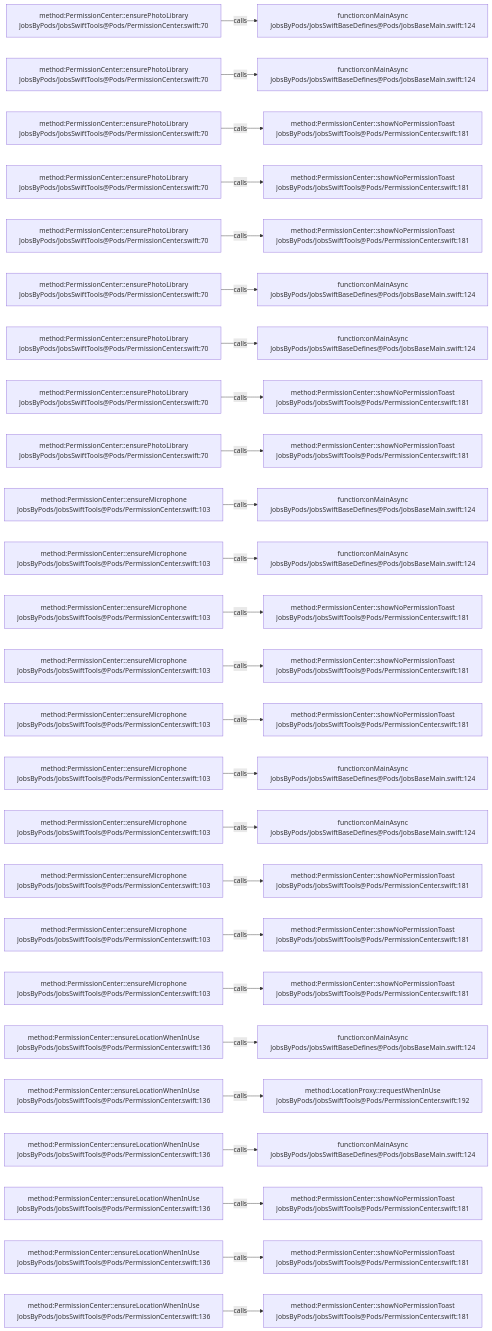
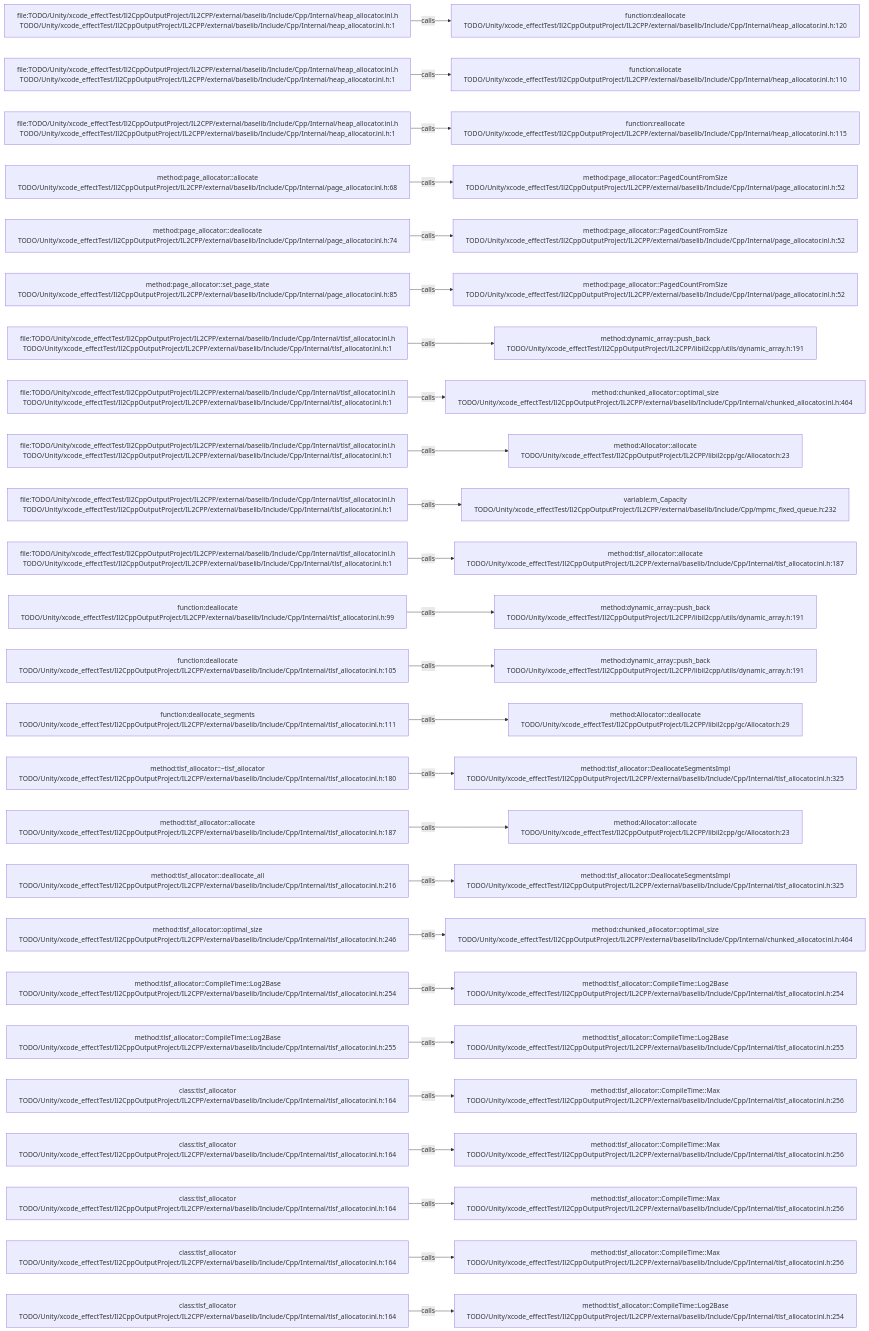
One commit to JobsKits/JobsSwiftBaseConfigDemo changed the diagram in .codegraph/codegraph.md/graphs/calls-066.md. Above: the diagram before and after it, drawn with Mermaid. The commit also changed 227 other files, not shown here.

````diff
--- a/.codegraph/codegraph.md/graphs/calls-066.md
+++ b/.codegraph/codegraph.md/graphs/calls-066.md
@@ -13,78 +13,78 @@
 ```mermaid
 flowchart LR
-  S1["method:PermissionCenter::ensurePhotoLibrary<br/>JobsByPods/JobsSwiftTools@Pods/PermissionCenter.swift:70"]
-  T1["function:onMainAsync<br/>JobsByPods/JobsSwiftBaseDefines@Pods/JobsBaseMain.swift:124"]
+  S1["file:TODO/Unity/xcode_effectTest/Il2CppOutputProject/IL2CPP/external/baselib/Include/Cpp/Internal/heap_allocator.inl.h<br/>TODO/Unity/xcode_effectTest/Il2CppOutputProject/IL2CPP/external/baselib/Include/Cpp/Internal/heap_allocator.inl.h:1"]
+  T1["function:deallocate<br/>TODO/Unity/xcode_effectTest/Il2CppOutputProject/IL2CPP/external/baselib/Include/Cpp/Internal/heap_allocator.inl.h:120"]
   S1 -->|calls| T1
-  S2["method:PermissionCenter::ensurePhotoLibrary<br/>JobsByPods/JobsSwiftTools@Pods/PermissionCenter.swift:70"]
-  T2["function:onMainAsync<br/>JobsByPods/JobsSwiftBaseDefines@Pods/JobsBaseMain.swift:124"]
+  S2["file:TODO/Unity/xcode_effectTest/Il2CppOutputProject/IL2CPP/external/baselib/Include/Cpp/Internal/heap_allocator.inl.h<br/>TODO/Unity/xcode_effectTest/Il2CppOutputProject/IL2CPP/external/baselib/Include/Cpp/Internal/heap_allocator.inl.h:1"]
+  T2["function:allocate<br/>TODO/Unity/xcode_effectTest/Il2CppOutputProject/IL2CPP/external/baselib/Include/Cpp/Internal/heap_allocator.inl.h:110"]
   S2 -->|calls| T2
-  S3["method:PermissionCenter::ensurePhotoLibrary<br/>JobsByPods/JobsSwiftTools@Pods/PermissionCenter.swift:70"]
-  T3["method:PermissionCenter::showNoPermissionToast<br/>JobsByPods/JobsSwiftTools@Pods/PermissionCenter.swift:181"]
+  S3["file:TODO/Unity/xcode_effectTest/Il2CppOutputProject/IL2CPP/external/baselib/Include/Cpp/Internal/heap_allocator.inl.h<br/>TODO/Unity/xcode_effectTest/Il2CppOutputProject/IL2CPP/external/baselib/Include/Cpp/Internal/heap_allocator.inl.h:1"]
+  T3["function:reallocate<br/>TODO/Unity/xcode_effectTest/Il2CppOutputProject/IL2CPP/external/baselib/Include/Cpp/Internal/heap_allocator.inl.h:115"]
   S3 -->|calls| T3
-  S4["method:PermissionCenter::ensurePhotoLibrary<br/>JobsByPods/JobsSwiftTools@Pods/PermissionCenter.swift:70"]
-  T4["method:PermissionCenter::showNoPermissionToast<br/>JobsByPods/JobsSwiftTools@Pods/PermissionCenter.swift:181"]
+  S4["method:page_allocator::allocate<br/>TODO/Unity/xcode_effectTest/Il2CppOutputProject/IL2CPP/external/baselib/Include/Cpp/Internal/page_allocator.inl.h:68"]
+  T4["method:page_allocator::PagedCountFromSize<br/>TODO/Unity/xcode_effectTest/Il2CppOutputProject/IL2CPP/external/baselib/Include/Cpp/Internal/page_allocator.inl.h:52"]
   S4 -->|calls| T4
-  S5["method:PermissionCenter::ensurePhotoLibrary<br/>JobsByPods/JobsSwiftTools@Pods/PermissionCenter.swift:70"]
-  T5["method:PermissionCenter::showNoPermissionToast<br/>JobsByPods/JobsSwiftTools@Pods/PermissionCenter.swift:181"]
+  S5["method:page_allocator::deallocate<br/>TODO/Unity/xcode_effectTest/Il2CppOutputProject/IL2CPP/external/baselib/Include/Cpp/Internal/page_allocator.inl.h:74"]
+  T5["method:page_allocator::PagedCountFromSize<br/>TODO/Unity/xcode_effectTest/Il2CppOutputProject/IL2CPP/external/baselib/Include/Cpp/Internal/page_allocator.inl.h:52"]
   S5 -->|calls| T5
-  S6["method:PermissionCenter::ensurePhotoLibrary<br/>JobsByPods/JobsSwiftTools@Pods/PermissionCenter.swift:70"]
-  T6["function:onMainAsync<br/>JobsByPods/JobsSwiftBaseDefines@Pods/JobsBaseMain.swift:124"]
+  S6["method:page_allocator::set_page_state<br/>TODO/Unity/xcode_effectTest/Il2CppOutputProject/IL2CPP/external/baselib/Include/Cpp/Internal/page_allocator.inl.h:85"]
+  T6["method:page_allocator::PagedCountFromSize<br/>TODO/Unity/xcode_effectTest/Il2CppOutputProject/IL2CPP/external/baselib/Include/Cpp/Internal/page_allocator.inl.h:52"]
   S6 -->|calls| T6
-  S7["method:PermissionCenter::ensurePhotoLibrary<br/>JobsByPods/JobsSwiftTools@Pods/PermissionCenter.swift:70"]
-  T7["function:onMainAsync<br/>JobsByPods/JobsSwiftBaseDefines@Pods/JobsBaseMain.swift:124"]
+  S7["file:TODO/Unity/xcode_effectTest/Il2CppOutputProject/IL2CPP/external/baselib/Include/Cpp/Internal/tlsf_allocator.inl.h<br/>TODO/Unity/xcode_effectTest/Il2CppOutputProject/IL2CPP/external/baselib/Include/Cpp/Internal/tlsf_allocator.inl.h:1"]
+  T7["method:dynamic_array::push_back<br/>TODO/Unity/xcode_effectTest/Il2CppOutputProject/IL2CPP/libil2cpp/utils/dynamic_array.h:191"]
   S7 -->|calls| T7
-  S8["method:PermissionCenter::ensurePhotoLibrary<br/>JobsByPods/JobsSwiftTools@Pods/PermissionCenter.swift:70"]
-  T8["method:PermissionCenter::showNoPermissionToast<br/>JobsByPods/JobsSwiftTools@Pods/PermissionCenter.swift:181"]
+  S8["file:TODO/Unity/xcode_effectTest/Il2CppOutputProject/IL2CPP/external/baselib/Include/Cpp/Internal/tlsf_allocator.inl.h<br/>TODO/Unity/xcode_effectTest/Il2CppOutputProject/IL2CPP/external/baselib/Include/Cpp/Internal/tlsf_allocator.inl.h:1"]
+  T8["method:chunked_allocator::optimal_size<br/>TODO/Unity/xcode_effectTest/Il2CppOutputProject/IL2CPP/external/baselib/Include/Cpp/Internal/chunked_allocator.inl.h:464"]
   S8 -->|calls| T8
-  S9["method:PermissionCenter::ensurePhotoLibrary<br/>JobsByPods/JobsSwiftTools@Pods/PermissionCenter.swift:70"]
-  T9["method:PermissionCenter::showNoPermissionToast<br/>JobsByPods/JobsSwiftTools@Pods/PermissionCenter.swift:181"]
+  S9["file:TODO/Unity/xcode_effectTest/Il2CppOutputProject/IL2CPP/external/baselib/Include/Cpp/Internal/tlsf_allocator.inl.h<br/>TODO/Unity/xcode_effectTest/Il2CppOutputProject/IL2CPP/external/baselib/Include/Cpp/Internal/tlsf_allocator.inl.h:1"]
+  T9["method:Allocator::allocate<br/>TODO/Unity/xcode_effectTest/Il2CppOutputProject/IL2CPP/libil2cpp/gc/Allocator.h:23"]
   S9 -->|calls| T9
-  S10["method:PermissionCenter::ensureMicrophone<br/>JobsByPods/JobsSwiftTools@Pods/PermissionCenter.swift:103"]
-  T10["function:onMainAsync<br/>JobsByPods/JobsSwiftBaseDefines@Pods/JobsBaseMain.swift:124"]
+  S10["file:TODO/Unity/xcode_effectTest/Il2CppOutputProject/IL2CPP/external/baselib/Include/Cpp/Internal/tlsf_allocator.inl.h<br/>TODO/Unity/xcode_effectTest/Il2CppOutputProject/IL2CPP/external/baselib/Include/Cpp/Internal/tlsf_allocator.inl.h:1"]
+  T10["variable:m_Capacity<br/>TODO/Unity/xcode_effectTest/Il2CppOutputProject/IL2CPP/external/baselib/Include/Cpp/mpmc_fixed_queue.h:232"]
   S10 -->|calls| T10
-  S11["method:PermissionCenter::ensureMicrophone<br/>JobsByPods/JobsSwiftTools@Pods/PermissionCenter.swift:103"]
-  T11["function:onMainAsync<br/>JobsByPods/JobsSwiftBaseDefines@Pods/JobsBaseMain.swift:124"]
+  S11["file:TODO/Unity/xcode_effectTest/Il2CppOutputProject/IL2CPP/external/baselib/Include/Cpp/Internal/tlsf_allocator.inl.h<br/>TODO/Unity/xcode_effectTest/Il2CppOutputProject/IL2CPP/external/baselib/Include/Cpp/Internal/tlsf_allocator.inl.h:1"]
+  T11["method:tlsf_allocator::allocate<br/>TODO/Unity/xcode_effectTest/Il2CppOutputProject/IL2CPP/external/baselib/Include/Cpp/Internal/tlsf_allocator.inl.h:187"]
   S11 -->|calls| T11
-  S12["method:PermissionCenter::ensureMicrophone<br/>JobsByPods/JobsSwiftTools@Pods/PermissionCenter.swift:103"]
-  T12["method:PermissionCenter::showNoPermissionToast<br/>JobsByPods/JobsSwiftTools@Pods/PermissionCenter.swift:181"]
+  S12["function:deallocate<br/>TODO/Unity/xcode_effectTest/Il2CppOutputProject/IL2CPP/external/baselib/Include/Cpp/Internal/tlsf_allocator.inl.h:99"]
+  T12["method:dynamic_array::push_back<br/>TODO/Unity/xcode_effectTest/Il2CppOutputProject/IL2CPP/libil2cpp/utils/dynamic_array.h:191"]
   S12 -->|calls| T12
-  S13["method:PermissionCenter::ensureMicrophone<br/>JobsByPods/JobsSwiftTools@Pods/PermissionCenter.swift:103"]
-  T13["method:PermissionCenter::showNoPermissionToast<br/>JobsByPods/JobsSwiftTools@Pods/PermissionCenter.swift:181"]
+  S13["function:deallocate<br/>TODO/Unity/xcode_effectTest/Il2CppOutputProject/IL2CPP/external/baselib/Include/Cpp/Internal/tlsf_allocator.inl.h:105"]
+  T13["method:dynamic_array::push_back<br/>TODO/Unity/xcode_effectTest/Il2CppOutputProject/IL2CPP/libil2cpp/utils/dynamic_array.h:191"]
   S13 -->|calls| T13
-  S14["method:PermissionCenter::ensureMicrophone<br/>JobsByPods/JobsSwiftTools@Pods/PermissionCenter.swift:103"]
-  T14["method:PermissionCenter::showNoPermissionToast<br/>JobsByPods/JobsSwiftTools@Pods/PermissionCenter.swift:181"]
+  S14["function:deallocate_segments<br/>TODO/Unity/xcode_effectTest/Il2CppOutputProject/IL2CPP/external/baselib/Include/Cpp/Internal/tlsf_allocator.inl.h:111"]
+  T14["method:Allocator::deallocate<br/>TODO/Unity/xcode_effectTest/Il2CppOutputProject/IL2CPP/libil2cpp/gc/Allocator.h:29"]
   S14 -->|calls| T14
-  S15["method:PermissionCenter::ensureMicrophone<br/>JobsByPods/JobsSwiftTools@Pods/PermissionCenter.swift:103"]
-  T15["function:onMainAsync<br/>JobsByPods/JobsSwiftBaseDefines@Pods/JobsBaseMain.swift:124"]
+  S15["method:tlsf_allocator::~tlsf_allocator<br/>TODO/Unity/xcode_effectTest/Il2CppOutputProject/IL2CPP/external/baselib/Include/Cpp/Internal/tlsf_allocator.inl.h:180"]
+  T15["method:tlsf_allocator::DeallocateSegmentsImpl<br/>TODO/Unity/xcode_effectTest/Il2CppOutputProject/IL2CPP/external/baselib/Include/Cpp/Internal/tlsf_allocator.inl.h:325"]
   S15 -->|calls| T15
-  S16["method:PermissionCenter::ensureMicrophone<br/>JobsByPods/JobsSwiftTools@Pods/PermissionCenter.swift:103"]
-  T16["function:onMainAsync<br/>JobsByPods/JobsSwiftBaseDefines@Pods/JobsBaseMain.swift:124"]
+  S16["method:tlsf_allocator::allocate<br/>TODO/Unity/xcode_effectTest/Il2CppOutputProject/IL2CPP/external/baselib/Include/Cpp/Internal/tlsf_allocator.inl.h:187"]
+  T16["method:Allocator::allocate<br/>TODO/Unity/xcode_effectTest/Il2CppOutputProject/IL2CPP/libil2cpp/gc/Allocator.h:23"]
   S16 -->|calls| T16
-  S17["method:PermissionCenter::ensureMicrophone<br/>JobsByPods/JobsSwiftTools@Pods/PermissionCenter.swift:103"]
-  T17["method:PermissionCenter::showNoPermissionToast<br/>JobsByPods/JobsSwiftTools@Pods/PermissionCenter.swift:181"]
+  S17["method:tlsf_allocator::deallocate_all<br/>TODO/Unity/xcode_effectTest/Il2CppOutputProject/IL2CPP/external/baselib/Include/Cpp/Internal/tlsf_allocator.inl.h:216"]
+  T17["method:tlsf_allocator::DeallocateSegmentsImpl<br/>TODO/Unity/xcode_effectTest/Il2CppOutputProject/IL2CPP/external/baselib/Include/Cpp/Internal/tlsf_allocator.inl.h:325"]
   S17 -->|calls| T17
-  S18["method:PermissionCenter::ensureMicrophone<br/>JobsByPods/JobsSwiftTools@Pods/PermissionCenter.swift:103"]
-  T18["method:PermissionCenter::showNoPermissionToast<br/>JobsByPods/JobsSwiftTools@Pods/PermissionCenter.swift:181"]
+  S18["method:tlsf_allocator::optimal_size<br/>TODO/Unity/xcode_effectTest/Il2CppOutputProject/IL2CPP/external/baselib/Include/Cpp/Internal/tlsf_allocator.inl.h:246"]
+  T18["method:chunked_allocator::optimal_size<br/>TODO/Unity/xcode_effectTest/Il2CppOutputProject/IL2CPP/external/baselib/Include/Cpp/Internal/chunked_allocator.inl.h:464"]
   S18 -->|calls| T18
-  S19["method:PermissionCenter::ensureMicrophone<br/>JobsByPods/JobsSwiftTools@Pods/PermissionCenter.swift:103"]
-  T19["method:PermissionCenter::showNoPermissionToast<br/>JobsByPods/JobsSwiftTools@Pods/PermissionCenter.swift:181"]
+  S19["method:tlsf_allocator::CompileTime::Log2Base<br/>TODO/Unity/xcode_effectTest/Il2CppOutputProject/IL2CPP/external/baselib/Include/Cpp/Internal/tlsf_allocator.inl.h:254"]
+  T19["method:tlsf_allocator::CompileTime::Log2Base<br/>TODO/Unity/xcode_effectTest/Il2CppOutputProject/IL2CPP/external/baselib/Include/Cpp/Internal/tlsf_allocator.inl.h:254"]
   S19 -->|calls| T19
-  S20["method:PermissionCenter::ensureLocationWhenInUse<br/>JobsByPods/JobsSwiftTools@Pods/PermissionCenter.swift:136"]
-  T20["function:onMainAsync<br/>JobsByPods/JobsSwiftBaseDefines@Pods/JobsBaseMain.swift:124"]
+  S20["method:tlsf_allocator::CompileTime::Log2Base<br/>TODO/Unity/xcode_effectTest/Il2CppOutputProject/IL2CPP/external/baselib/Include/Cpp/Internal/tlsf_allocator.inl.h:255"]
+  T20["method:tlsf_allocator::CompileTime::Log2Base<br/>TODO/Unity/xcode_effectTest/Il2CppOutputProject/IL2CPP/external/baselib/Include/Cpp/Internal/tlsf_allocator.inl.h:255"]
   S20 -->|calls| T20
-  S21["method:PermissionCenter::ensureLocationWhenInUse<br/>JobsByPods/JobsSwiftTools@Pods/PermissionCenter.swift:136"]
-  T21["method:LocationProxy::requestWhenInUse<br/>JobsByPods/JobsSwiftTools@Pods/PermissionCenter.swift:192"]
+  S21["class:tlsf_allocator<br/>TODO/Unity/xcode_effectTest/Il2CppOutputProject/IL2CPP/external/baselib/Include/Cpp/Internal/tlsf_allocator.inl.h:164"]
+  T21["method:tlsf_allocator::CompileTime::Max<br/>TODO/Unity/xcode_effectTest/Il2CppOutputProject/IL2CPP/external/baselib/Include/Cpp/Internal/tlsf_allocator.inl.h:256"]
   S21 -->|calls| T21
-  S22["method:PermissionCenter::ensureLocationWhenInUse<br/>JobsByPods/JobsSwiftTools@Pods/PermissionCenter.swift:136"]
-  T22["function:onMainAsync<br/>JobsByPods/JobsSwiftBaseDefines@Pods/JobsBaseMain.swift:124"]
+  S22["class:tlsf_allocator<br/>TODO/Unity/xcode_effectTest/Il2CppOutputProject/IL2CPP/external/baselib/Include/Cpp/Internal/tlsf_allocator.inl.h:164"]
+  T22["method:tlsf_allocator::CompileTime::Max<br/>TODO/Unity/xcode_effectTest/Il2CppOutputProject/IL2CPP/external/baselib/Include/Cpp/Internal/tlsf_allocator.inl.h:256"]
   S22 -->|calls| T22
-  S23["method:PermissionCenter::ensureLocationWhenInUse<br/>JobsByPods/JobsSwiftTools@Pods/PermissionCenter.swift:136"]
-  T23["method:PermissionCenter::showNoPermissionToast<br/>JobsByPods/JobsSwiftTools@Pods/PermissionCenter.swift:181"]
+  S23["class:tlsf_allocator<br/>TODO/Unity/xcode_effectTest/Il2CppOutputProject/IL2CPP/external/baselib/Include/Cpp/Internal/tlsf_allocator.inl.h:164"]
+  T23["method:tlsf_allocator::CompileTime::Max<br/>TODO/Unity/xcode_effectTest/Il2CppOutputProject/IL2CPP/external/baselib/Include/Cpp/Internal/tlsf_allocator.inl.h:256"]
   S23 -->|calls| T23
-  S24["method:PermissionCenter::ensureLocationWhenInUse<br/>JobsByPods/JobsSwiftTools@Pods/PermissionCenter.swift:136"]
-  T24["method:PermissionCenter::showNoPermissionToast<br/>JobsByPods/JobsSwiftTools@Pods/PermissionCenter.swift:181"]
+  S24["class:tlsf_allocator<br/>TODO/Unity/xcode_effectTest/Il2CppOutputProject/IL2CPP/external/baselib/Include/Cpp/Internal/tlsf_allocator.inl.h:164"]
+  T24["method:tlsf_allocator::CompileTime::Max<br/>TODO/Unity/xcode_effectTest/Il2CppOutputProject/IL2CPP/external/baselib/Include/Cpp/Internal/tlsf_allocator.inl.h:256"]
   S24 -->|calls| T24
-  S25["method:PermissionCenter::ensureLocationWhenInUse<br/>JobsByPods/JobsSwiftTools@Pods/PermissionCenter.swift:136"]
-  T25["method:PermissionCenter::showNoPermissionToast<br/>JobsByPods/JobsSwiftTools@Pods/PermissionCenter.swift:181"]
+  S25["class:tlsf_allocator<br/>TODO/Unity/xcode_effectTest/Il2CppOutputProject/IL2CPP/external/baselib/Include/Cpp/Internal/tlsf_allocator.inl.h:164"]
+  T25["method:tlsf_allocator::CompileTime::Log2Base<br/>TODO/Unity/xcode_effectTest/Il2CppOutputProject/IL2CPP/external/baselib/Include/Cpp/Internal/tlsf_allocator.inl.h:254"]
   S25 -->|calls| T25
 ```
````
